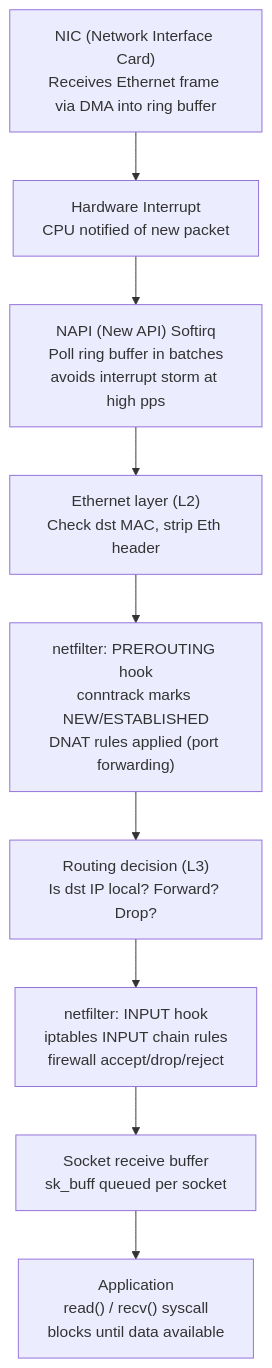
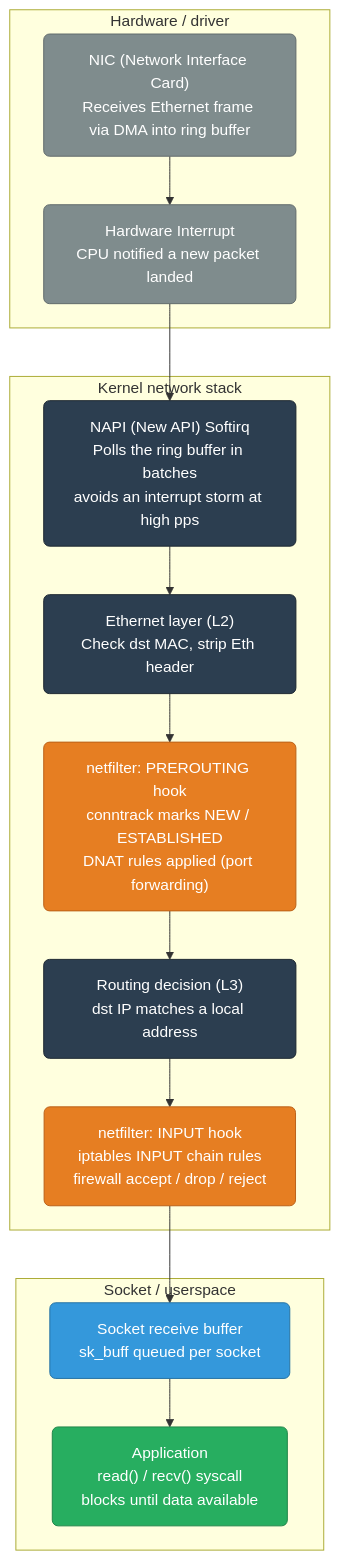
Before and after one commit to deepanshu-rawat6/DevOpsIndex: the first of 6 diagrams in networking/linux-networking.md, drawn with Mermaid. The commit also changed other lines of this file and 8 other files, not shown here.

````diff
--- a/networking/linux-networking.md
+++ b/networking/linux-networking.md
@@ -11,12 +16,26 @@
 ```mermaid
 graph TD
-    NIC["NIC (Network Interface Card)<br>Receives Ethernet frame via DMA into ring buffer"] --> HARD_IRQ
-    HARD_IRQ["Hardware Interrupt<br>CPU notified of new packet"] --> NAPI
-    NAPI["NAPI (New API) Softirq<br>Poll ring buffer in batches<br>avoids interrupt storm at high pps"] --> ETH
-    ETH["Ethernet layer (L2)<br>Check dst MAC, strip Eth header"] --> NF_PRE
-    NF_PRE["netfilter: PREROUTING hook<br>conntrack marks NEW/ESTABLISHED<br>DNAT rules applied (port forwarding)"] --> ROUTE
-    ROUTE["Routing decision (L3)<br>Is dst IP local? Forward? Drop?"] --> NF_IN
-    NF_IN["netfilter: INPUT hook<br>iptables INPUT chain rules<br>firewall accept/drop/reject"] --> SOCK
-    SOCK["Socket receive buffer<br>sk_buff queued per socket"] --> APP
-    APP["Application<br>read() / recv() syscall\nblocks until data available"]
+    classDef hw fill:#7f8c8d,stroke:#616a6b,color:#fff,rx:6
+    classDef kernel fill:#2c3e50,stroke:#1a252f,color:#fff,rx:6
+    classDef nf fill:#e67e22,stroke:#ba6018,color:#fff,rx:6
+    classDef sock fill:#3498db,stroke:#2471a3,color:#fff,rx:6
+    classDef app fill:#27ae60,stroke:#1e8449,color:#fff,rx:6
+
+    subgraph HWL["Hardware / driver"]
+        NIC["NIC (Network Interface Card)<br/>Receives Ethernet frame via DMA into ring buffer"]:::hw --> HARD_IRQ["Hardware Interrupt<br/>CPU notified a new packet landed"]:::hw
+    end
+
+    subgraph KSTACK["Kernel network stack"]
+        NAPI["NAPI (New API) Softirq<br/>Polls the ring buffer in batches<br/>avoids an interrupt storm at high pps"]:::kernel --> ETH["Ethernet layer (L2)<br/>Check dst MAC, strip Eth header"]:::kernel
+        ETH --> NF_PRE["netfilter: PREROUTING hook<br/>conntrack marks NEW / ESTABLISHED<br/>DNAT rules applied (port forwarding)"]:::nf
+        NF_PRE --> ROUTE["Routing decision (L3)<br/>dst IP matches a local address"]:::kernel
+        ROUTE --> NF_IN["netfilter: INPUT hook<br/>iptables INPUT chain rules<br/>firewall accept / drop / reject"]:::nf
+    end
+
+    subgraph USTACK["Socket / userspace"]
+        SOCK["Socket receive buffer<br/>sk_buff queued per socket"]:::sock --> APP["Application<br/>read() / recv() syscall<br/>blocks until data available"]:::app
+    end
+
+    HARD_IRQ --> NAPI
+    NF_IN --> SOCK
 ```
````
